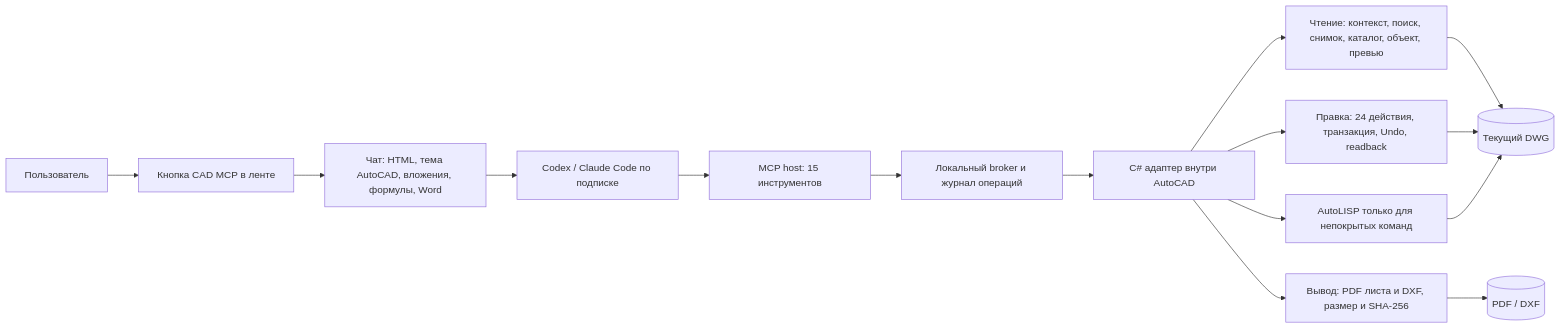
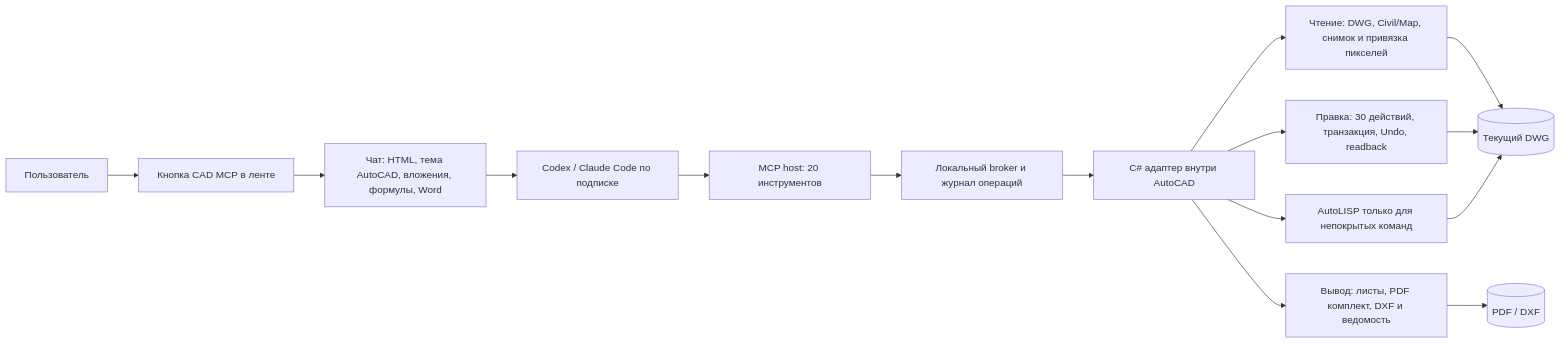
Before and after one commit to debug23win/autocad-mcp: the diagram in docs/capabilities.md, drawn with Mermaid. The commit also changed other lines of this file and 30 other files, not shown here.

````diff
--- a/docs/capabilities.md
+++ b/docs/capabilities.md
@@ -3,17 +3,17 @@
 ```mermaid
 flowchart LR
     U[Пользователь] --> R[Кнопка CAD MCP в ленте]
     R --> C[Чат: HTML, тема AutoCAD, вложения, формулы, Word]
     C --> P[Codex / Claude Code по подписке]
-    P --> M[MCP host: 15 инструментов]
+    P --> M[MCP host: 20 инструментов]
     M --> B[Локальный broker и журнал операций]
     B --> A[C# адаптер внутри AutoCAD]
-    A --> Q[Чтение: контекст, поиск, снимок, каталог, объект, превью]
-    A --> E[Правка: 24 действия, транзакция, Undo, readback]
-    A --> X[Вывод: PDF листа и DXF, размер и SHA-256]
+    A --> Q[Чтение: DWG, Civil/Map, снимок и привязка пикселей]
+    A --> E[Правка: 30 действий, транзакция, Undo, readback]
+    A --> X[Вывод: листы, PDF комплект, DXF и ведомость]
     A --> F[AutoLISP только для непокрытых команд]
     Q --> D[(Текущий DWG)]
     E --> D
     X --> O[(PDF / DXF)]
     F --> D
 ```
````
